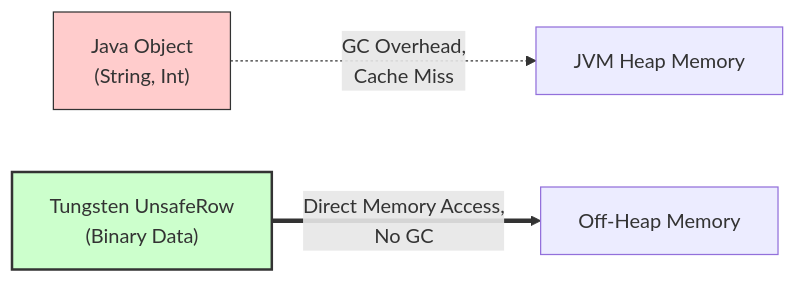
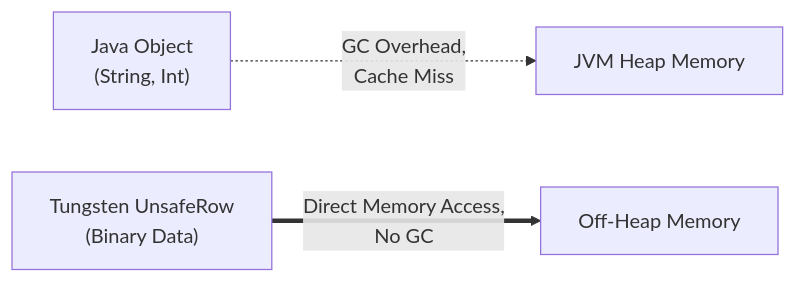
Before and after one commit to kythuatdulieu/kythuatdulieu.github.io: the diagram in src/content/docs/concepts/4-compute-engines-batch/spark-tungsten-engine.md, drawn with Mermaid. The commit also changed 686 other files, not shown here.

````diff
--- a/src/content/docs/concepts/4-compute-engines-batch/spark-tungsten-engine.md
+++ b/src/content/docs/concepts/4-compute-engines-batch/spark-tungsten-engine.md
@@ -46,8 +46,7 @@
 ```mermaid
 graph LR
     A["Java Object \n (String, Int)"] -.->|GC Overhead, \n Cache Miss| JVM["JVM Heap Memory"]
     B["Tungsten UnsafeRow \n (Binary Data)"] ==>|Direct Memory Access, \n No GC| OS["Off-Heap Memory"]
-    
-    style A fill:#ffcccc,stroke:#333
-    style B fill:#ccffcc,stroke:#333,stroke-width:2px
+
+
 ```
````
